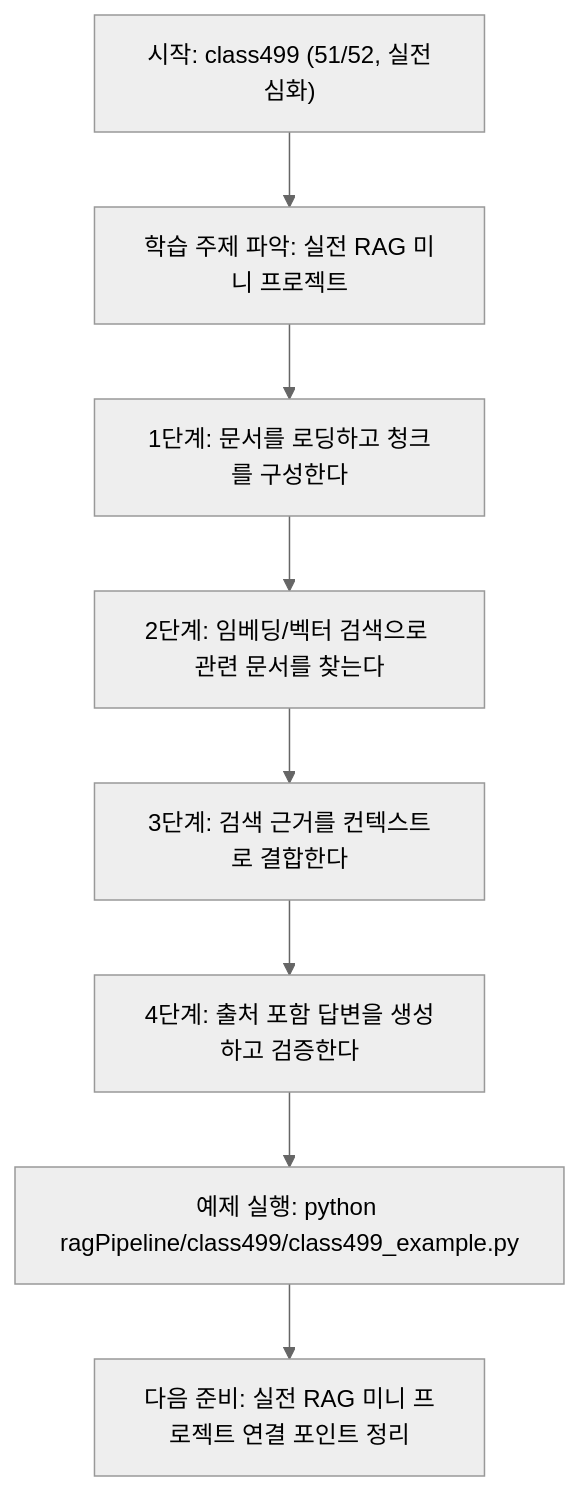
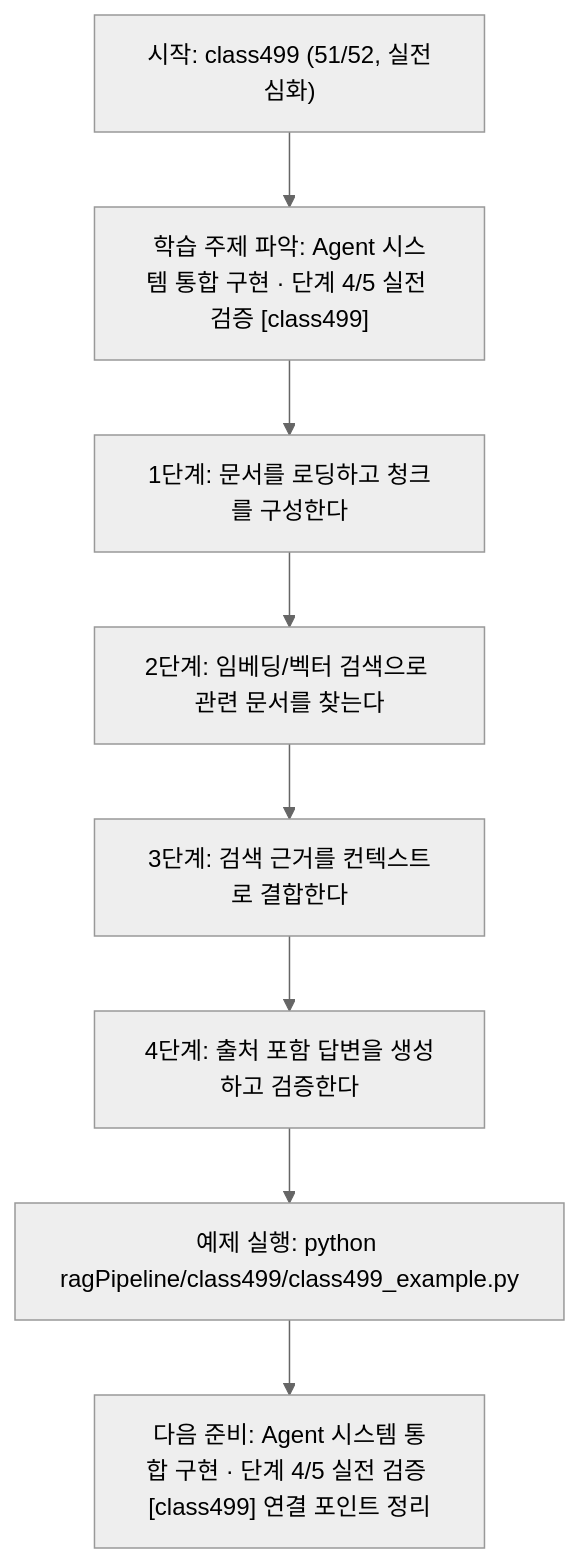
One commit to edumgt/Python-AI_Agent-Class changed the diagram in ragPipeline/class499/class499.md. Above: the diagram before and after it, drawn with Mermaid (neutral theme). The commit also changed other lines of this file and 522 other files, not shown here.

````diff
--- a/ragPipeline/class499/class499.md
+++ b/ragPipeline/class499/class499.md
@@ -111,18 +112,18 @@
 ```mermaid
 flowchart TD
 N1["시작: class499 (51/52, 실전심화)"]
-N2["학습 주제 파악: 실전 RAG 미니 프로젝트"]
+N2["학습 주제 파악: Agent 시스템 통합 구현 · 단계 4/5 실전 검증 [class499]"]
 N3["1단계: 문서를 로딩하고 청크를 구성한다"]
 N4["2단계: 임베딩/벡터 검색으로 관련 문서를 찾는다"]
 N5["3단계: 검색 근거를 컨텍스트로 결합한다"]
 N6["4단계: 출처 포함 답변을 생성하고 검증한다"]
 N7["예제 실행: python ragPipeline/class499/class499_example.py"]
-N8["다음 준비: 실전 RAG 미니 프로젝트 연결 포인트 정리"]
+N8["다음 준비: Agent 시스템 통합 구현 · 단계 4/5 실전 검증 [class499] 연결 포인트 정리"]
 N1 --> N2
 N2 --> N3
 N3 --> N4
 N4 --> N5
 N5 --> N6
 N6 --> N7
 N7 --> N8
 ```
````
